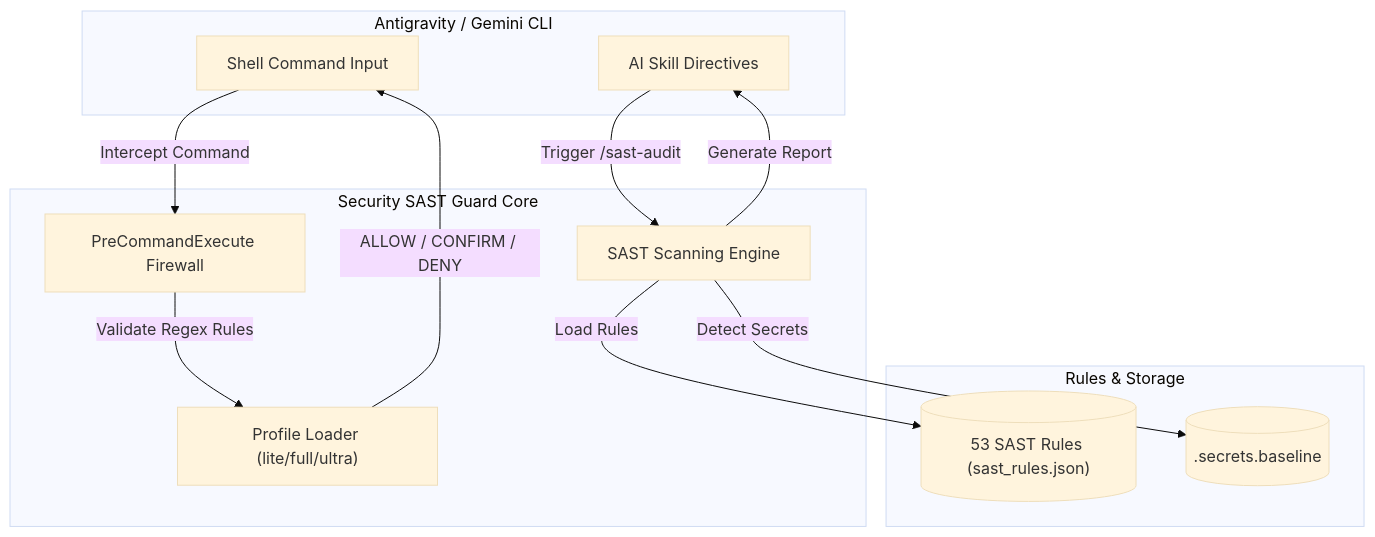
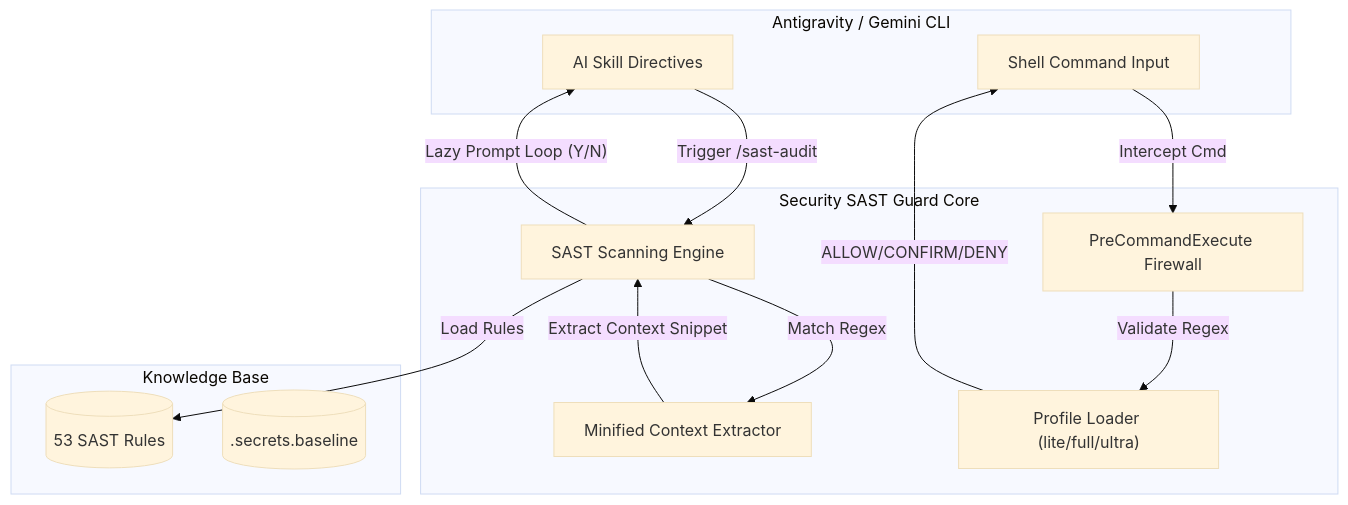
Before and after one commit to nguyenduydan/security-sast-guard-plugin: the diagram in README.md, drawn with Mermaid (base theme). The commit also changed other lines of this file, not shown here.

````diff
--- a/README.md
+++ b/README.md
@@ -70,27 +91,29 @@
 ```mermaid
 flowchart TD
     subgraph Client["Antigravity / Gemini CLI"]
         UserCmd["Shell Command Input"]
         AISkill["AI Skill Directives"]
     end
 
     subgraph SecurityGuard["Security SAST Guard Core"]
         Firewall["PreCommandExecute Firewall"]
         Engine["SAST Scanning Engine"]
+        Context["Minified Context Extractor"]
         Profile["Profile Loader (lite/full/ultra)"]
     end
 
-    subgraph KnowledgeBase["Rules & Storage"]
-        RuleDB[("53 SAST Rules (sast_rules.json)")]
+    subgraph Storage["Knowledge Base"]
+        RuleDB[("53 SAST Rules")]
         Baseline[(".secrets.baseline")]
     end
 
-    UserCmd -->|"Intercept Command"| Firewall
-    Firewall -->|"Validate Regex Rules"| Profile
-    Profile -->|"ALLOW / CONFIRM / DENY"| UserCmd
+    UserCmd -->|"Intercept Cmd"| Firewall
+    Firewall -->|"Validate Regex"| Profile
+    Profile -->|"ALLOW/CONFIRM/DENY"| UserCmd
 
     AISkill -->|"Trigger /sast-audit"| Engine
     Engine -->|"Load Rules"| RuleDB
-    Engine -->|"Detect Secrets"| Baseline
-    Engine -->|"Generate Report"| AISkill
+    Engine -->|"Match Regex"| Context
+    Context -->|"Extract Context Snippet"| Engine
+    Engine -->|"Lazy Prompt Loop (Y/N)"| AISkill
 ```
````
